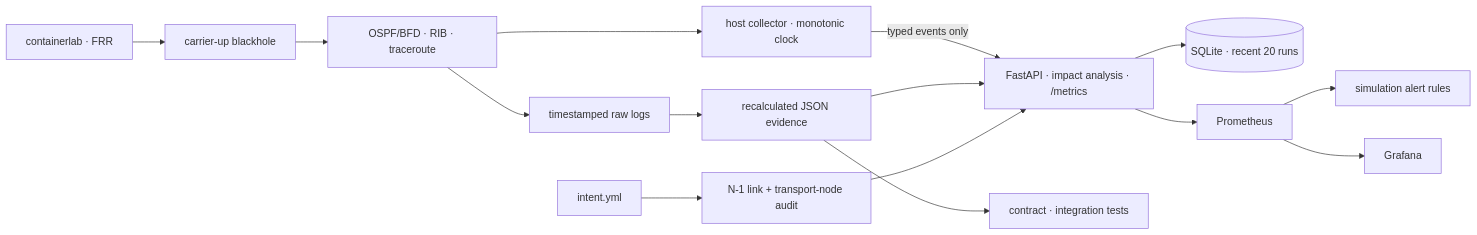
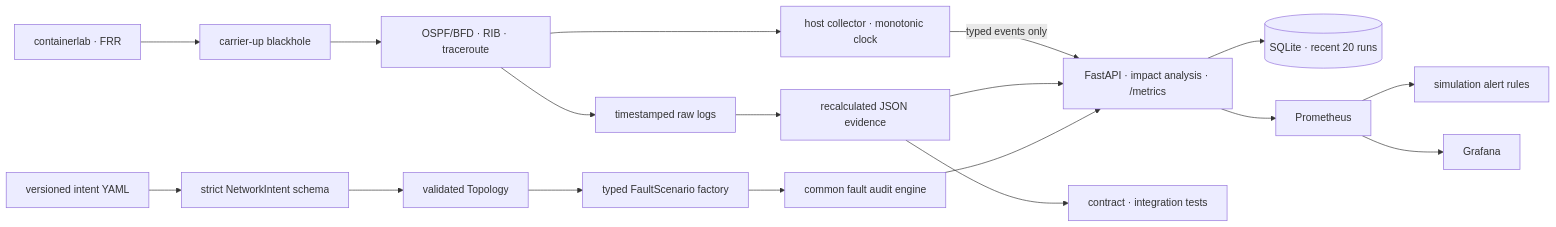
Before and after one commit to teriyakki-jin/telconet-sentinel: the diagram in README.md, drawn with Mermaid. The commit also changed other lines of this file and 15 other files, not shown here.

Commit message:
Refactor intent and fault audit foundations (#24)

````diff
--- a/README.md
+++ b/README.md
@@ -47,17 +47,20 @@
 ```mermaid
 flowchart LR
     LAB["containerlab · FRR"] --> FAULT["carrier-up blackhole"]
     FAULT --> STATE["OSPF/BFD · RIB · traceroute"]
     STATE --> RAW["timestamped raw logs"]
     STATE --> COLLECTOR["host collector · monotonic clock"]
     COLLECTOR -->|"typed events only"| API
     RAW --> JSON["recalculated JSON evidence"]
     JSON --> API["FastAPI · impact analysis · /metrics"]
-    INTENT["intent.yml"] --> AUDIT["N-1 link + transport-node audit"]
+    INTENT["versioned intent YAML"] --> SCHEMA["strict NetworkIntent schema"]
+    SCHEMA --> GRAPH["validated Topology"]
+    GRAPH --> SCENARIO["typed FaultScenario factory"]
+    SCENARIO --> AUDIT["common fault audit engine"]
     AUDIT --> API
     API --> DB[("SQLite · recent 20 runs")]
     API --> PROM["Prometheus"]
     PROM --> ALERT["simulation alert rules"]
     PROM --> GRAFANA["Grafana"]
     JSON --> TEST["contract · integration tests"]
 ```
````
